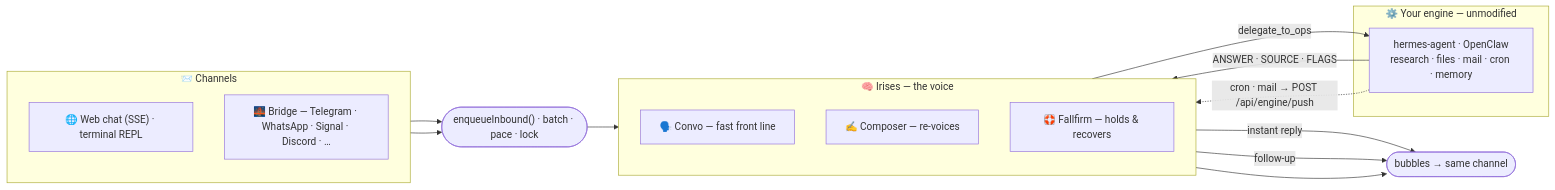
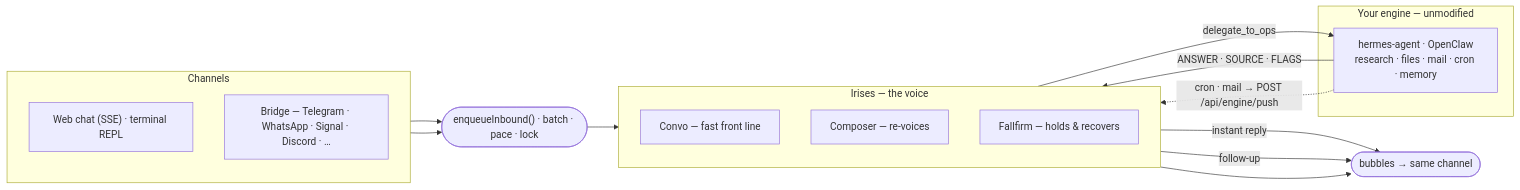
The diagram in README.md (rivianpratama/Irises), drawn with Mermaid before and after one commit. The commit also changed other lines of this file, not shown here.

````diff
--- a/README.md
+++ b/README.md
@@ -46,30 +52,30 @@
 ```mermaid
 flowchart LR
-    subgraph CH["📨 Channels"]
+    subgraph CH["Channels"]
         direction TB
-        W["🌐 Web chat (SSE) · terminal REPL"]
-        B["🌉 Bridge — Telegram · WhatsApp · Signal · Discord · …"]
+        W["Web chat (SSE) · terminal REPL"]
+        B["Bridge — Telegram · WhatsApp · Signal · Discord · …"]
     end
 
-    subgraph BRAIN["🧠 Irises — the voice"]
+    subgraph BRAIN["Irises — the voice"]
         direction TB
-        CV["🗣️ Convo — fast front line"]
-        CMP["✍️ Composer — re-voices"]
-        FF["🛟 Fallfirm — holds & recovers"]
+        CV["Convo — fast front line"]
+        CMP["Composer — re-voices"]
+        FF["Fallfirm — holds & recovers"]
     end
 
-    subgraph ENG["⚙️ Your engine — unmodified"]
+    subgraph ENG["Your engine — unmodified"]
         E["hermes-agent · OpenClaw<br/>research · files · mail · cron · memory"]
     end
 
     W --> EI
     B --> EI
     EI(["enqueueInbound() · batch · pace · lock"]) --> CV
     CV -->|instant reply| OUT
     CV -->|delegate_to_ops| E
     E -->|ANSWER · SOURCE · FLAGS| CMP
     CMP -->|follow-up| OUT
     E -.->|cron · mail → POST /api/engine/push| CMP
     FF --> OUT
     OUT([" bubbles → same channel "])
 ```
````
